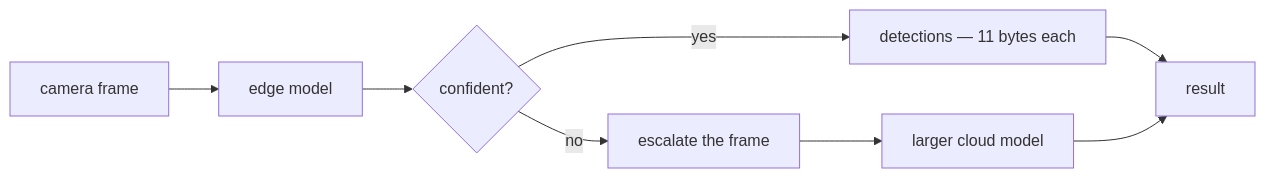
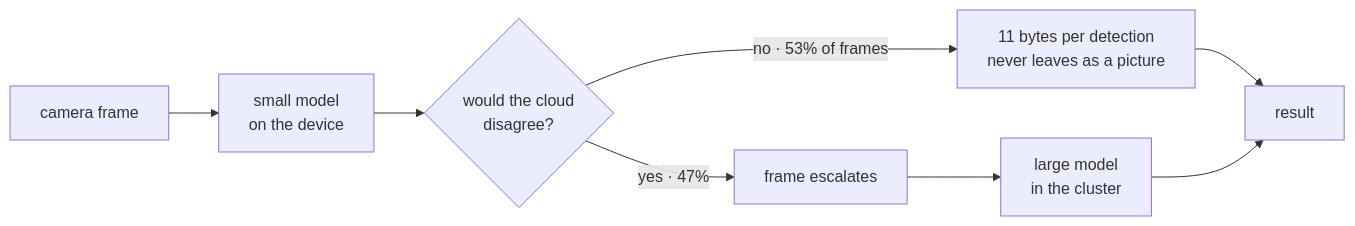
The diagram in README.md (dantonioluigi/axonmesh), drawn with Mermaid before and after one commit. The commit also changed other lines of this file, not shown here.

````diff
--- a/README.md
+++ b/README.md
@@ -62,10 +94,10 @@
 ```mermaid
 flowchart LR
-    A[camera frame] --> B[edge model]
-    B --> C{confident?}
-    C -- yes --> D["detections — 11 bytes each"]
-    C -- no --> E[escalate the frame]
-    E --> F[larger cloud model]
+    A[camera frame] --> B[small model<br/>on the device]
+    B --> C{"would the cloud<br/>disagree?"}
+    C -- "no · 53% of frames" --> D["11 bytes per detection<br/>never leaves as a picture"]
+    C -- "yes · 47%" --> E[frame escalates]
+    E --> F[large model<br/>in the cluster]
     D --> G[result]
     F --> G
 ```
````
